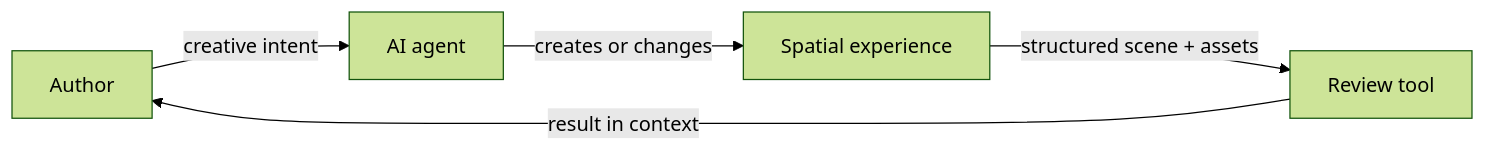
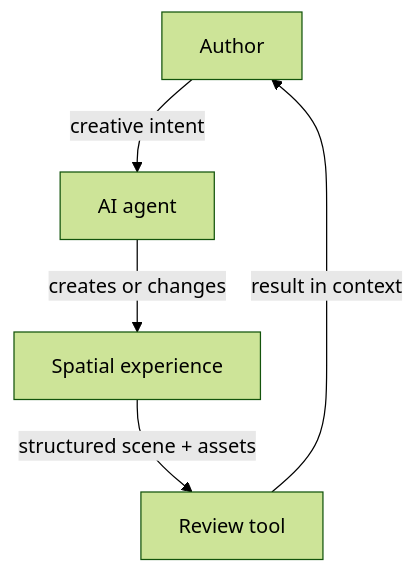
The diagram in README.md (rbifulco/alterno-spatial-review), drawn with Mermaid (forest theme) before and after one commit.

Commit message:
docs: fit creative loop to readme layout

````diff
--- a/README.md
+++ b/README.md
@@ -47,7 +47,7 @@
 ```mermaid
-flowchart LR
+flowchart TD
     author["Author"] -->|"creative intent"| agent["AI agent"]
     agent -->|"creates or changes"| site["Spatial experience"]
     site -->|"structured scene + assets"| review["Review tool"]
     review -->|"result in context"| author
 ```
````
